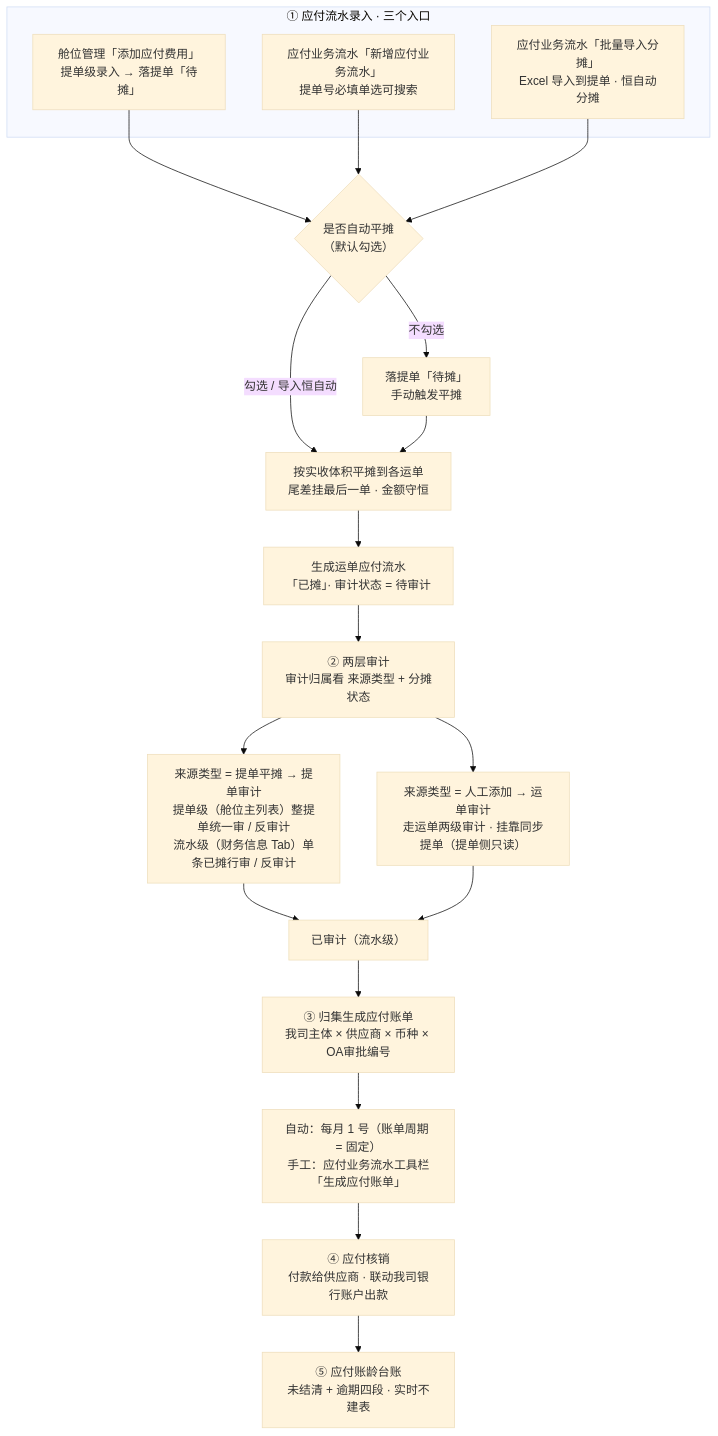
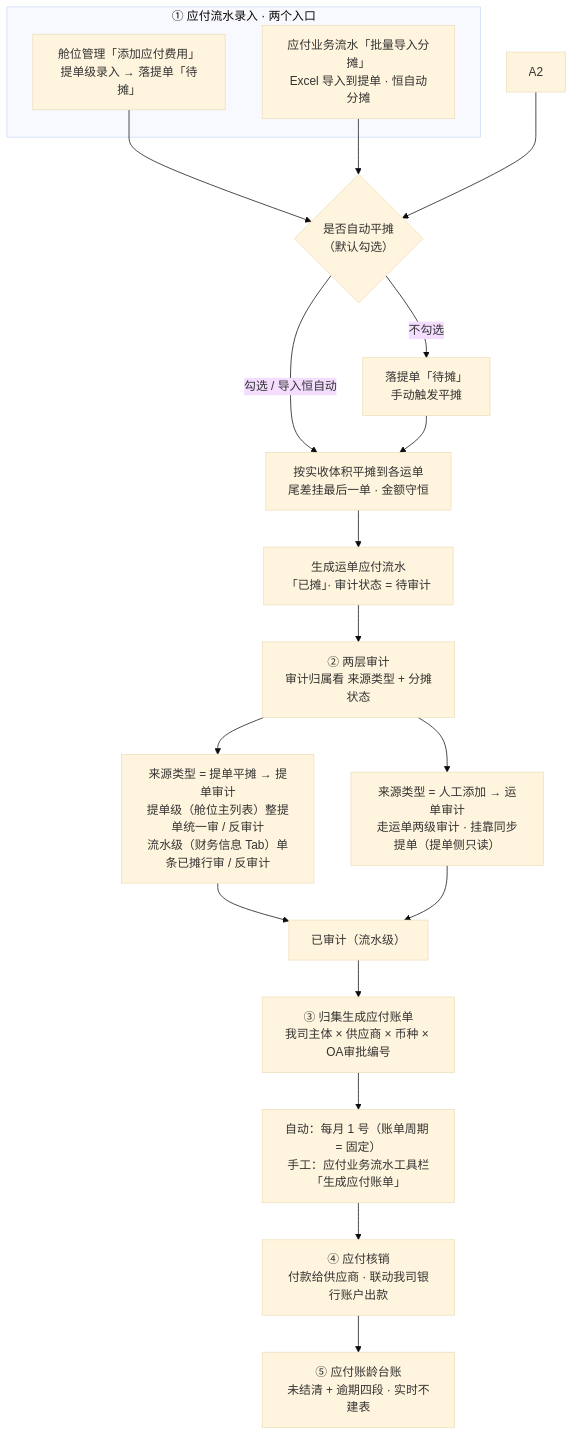
The fifth of 9 diagrams in 0-产品经理使用IDE/drafts/财务/2026-09-27-产品文档.md (zhangwen960722/luna-daily), drawn with Mermaid (base theme) before and after one commit. The commit also changed other lines of this file and 14 other files, not shown here.

````diff
--- a/0-产品经理使用IDE/drafts/财务/2026-09-27-产品文档.md
+++ b/0-产品经理使用IDE/drafts/财务/2026-09-27-产品文档.md
@@ -626,24 +634,23 @@
 ```mermaid
 flowchart TD
-    subgraph 录入["① 应付流水录入 · 三个入口"]
+    subgraph 录入["① 应付流水录入 · 两个入口"]
         A1["舱位管理「添加应付费用」<br/>提单级录入 → 落提单「待摊」"]
-        A2["应付业务流水「新增应付业务流水」<br/>提单号必填单选可搜索"]
         A3["应付业务流水「批量导入分摊」<br/>Excel 导入到提单 · 恒自动分摊"]
     end
     A1 --> B{"是否自动平摊<br/>（默认勾选）"}
     A2 --> B
     A3 --> B
     B -->|"勾选 / 导入恒自动"| C["按实收体积平摊到各运单<br/>尾差挂最后一单 · 金额守恒"]
     B -->|不勾选| D["落提单「待摊」<br/>手动触发平摊"]
     D --> C
     C --> E["生成运单应付流水<br/>「已摊」· 审计状态 = 待审计"]
     E --> F["② 两层审计<br/>审计归属看 来源类型 + 分摊状态"]
     F --> G["来源类型 = 提单平摊 → 提单审计<br/>提单级（舱位主列表）整提单统一审 / 反审计<br/>流水级（财务信息 Tab）单条已摊行审 / 反审计"]
     F --> H["来源类型 = 人工添加 → 运单审计<br/>走运单两级审计 · 挂靠同步提单（提单侧只读）"]
     G --> I["已审计（流水级）"]
     H --> I
     I --> J["③ 归集生成应付账单<br/>我司主体 × 供应商 × 币种 × OA审批编号"]
     J --> K["自动：每月 1 号（账单周期 = 固定）<br/>手工：应付业务流水工具栏「生成应付账单」"]
     K --> L["④ 应付核销<br/>付款给供应商 · 联动我司银行账户出款"]
     L --> M["⑤ 应付账龄台账<br/>未结清 + 逾期四段 · 实时不建表"]
 ```
````
